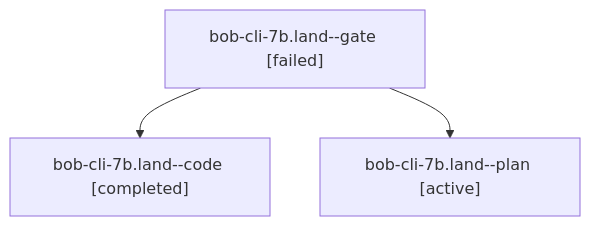
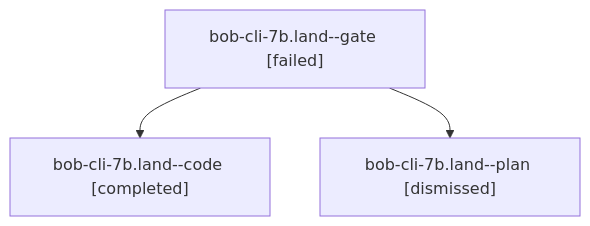
One commit to bobs-org/bob-cli--agents changed the diagram in sessions/bbugyi200.apollo.bob-cli-7b.land.md. Above: the diagram before and after it, drawn with Mermaid. The commit also changed other lines of this file and 77 other files, not shown here.

````diff
--- a/sessions/bbugyi200.apollo.bob-cli-7b.land.md
+++ b/sessions/bbugyi200.apollo.bob-cli-7b.land.md
@@ -9,8 +9,8 @@
 ```mermaid
 flowchart TD
   n0["bob-cli-7b.land--gate [failed]"]
   n1["bob-cli-7b.land--code [completed]"]
   n0 --> n1
-  n2["bob-cli-7b.land--plan [active]"]
+  n2["bob-cli-7b.land--plan [dismissed]"]
   n0 --> n2
 ```
````
